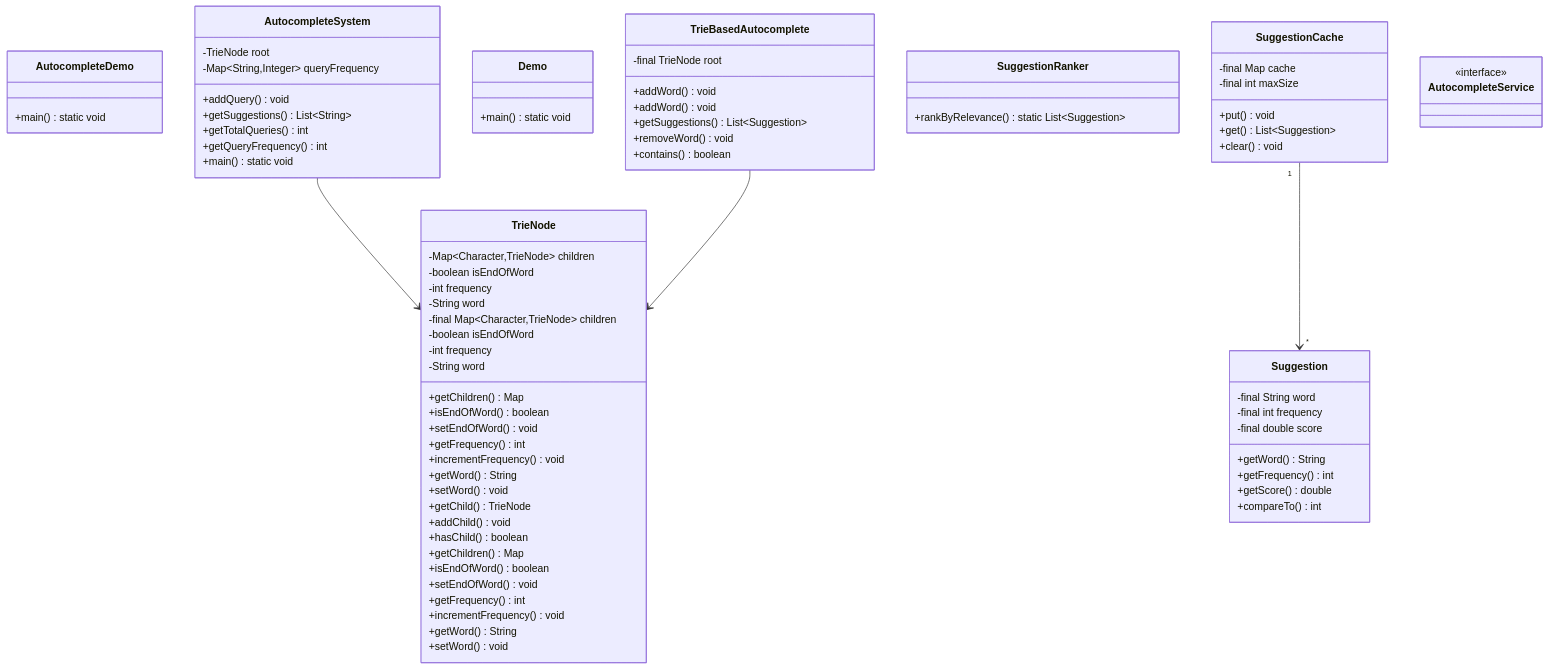
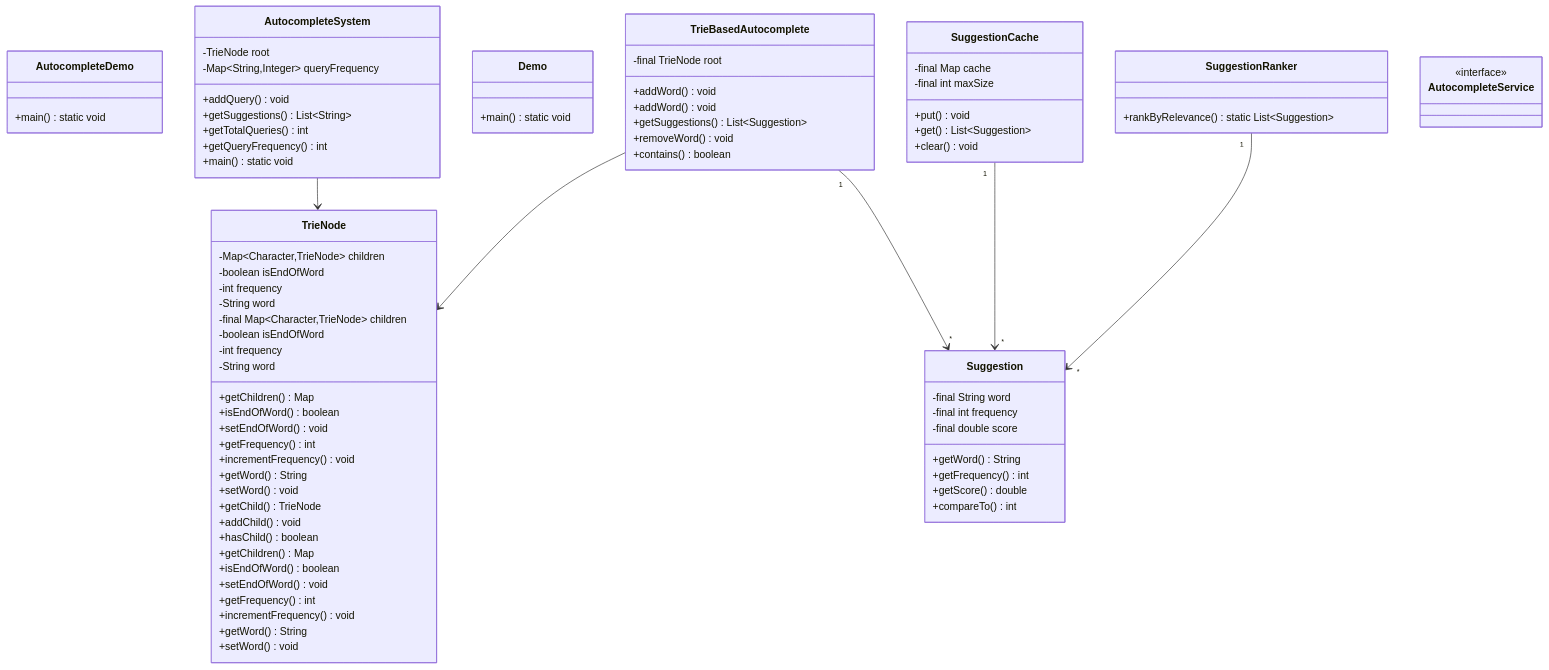
One commit to dlkr18/lld-playbook changed the diagram in docs/problems/autocomplete/README.md. Above: the diagram before and after it, drawn with Mermaid. The commit also changed 113 other files, not shown here.

````diff
--- a/docs/problems/autocomplete/README.md
+++ b/docs/problems/autocomplete/README.md
@@ -141,7 +141,9 @@
     class AutocompleteService
     <<interface>> AutocompleteService
 
+    SuggestionCache "1" --> "*" Suggestion
     AutocompleteSystem --> TrieNode
     TrieBasedAutocomplete --> TrieNode
-    SuggestionCache "1" --> "*" Suggestion
+    TrieBasedAutocomplete "1" --> "*" Suggestion
+    SuggestionRanker "1" --> "*" Suggestion
 ```
````
